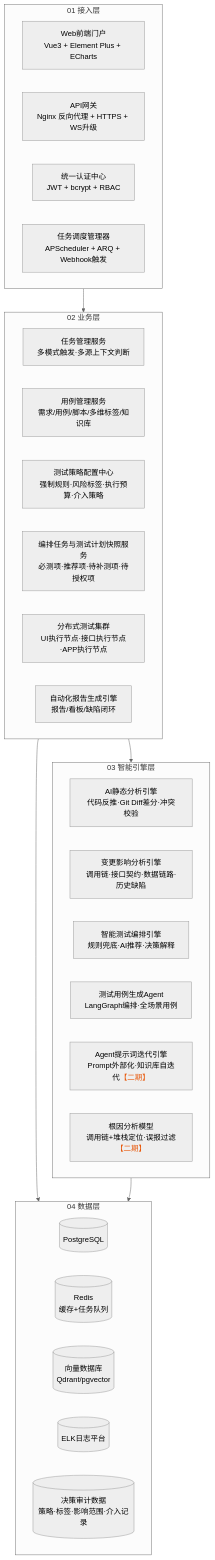
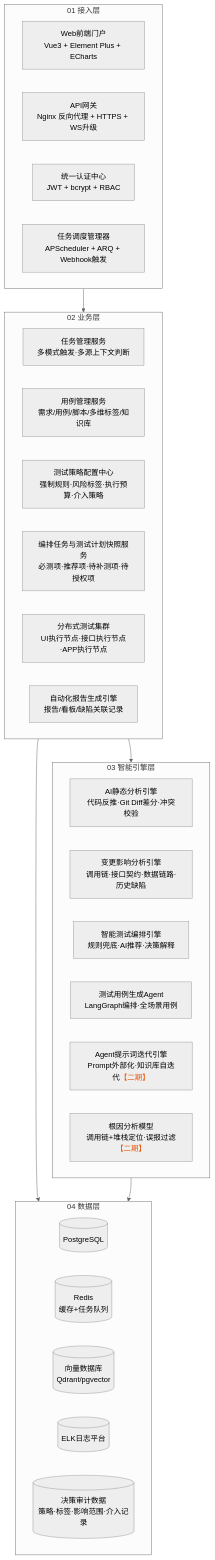
Before and after one commit to xiangsong97/xueran: the second of 7 diagrams in AI驱动自动化测试平台自研落地实施方案.md, drawn with Mermaid (neutral theme). The commit also changed other lines of this file, not shown here.

````diff
--- a/AI驱动自动化测试平台自研落地实施方案.md
+++ b/AI驱动自动化测试平台自研落地实施方案.md
@@ -199,40 +199,40 @@
 ```mermaid
 flowchart TB
     subgraph L1["01 接入层"]
         WEB["Web前端门户<br/>Vue3 + Element Plus + ECharts"]
         GW["API网关<br/>Nginx 反向代理 + HTTPS + WS升级"]
         AUTH["统一认证中心<br/>JWT + bcrypt + RBAC"]
         SCHED["任务调度管理器<br/>APScheduler + ARQ + Webhook触发"]
     end
 
     subgraph L2["02 业务层"]
         TM["任务管理服务<br/>多模式触发·多源上下文判断"]
         CM["用例管理服务<br/>需求/用例/脚本/多维标签/知识库"]
         STRATEGY["测试策略配置中心<br/>强制规则·风险标签·执行预算·介入策略"]
         PLAN["编排任务与测试计划快照服务<br/>必测项·推荐项·待补测项·待授权项"]
         EXEC["分布式测试集群<br/>UI执行节点·接口执行节点·APP执行节点"]
-        REP["自动化报告生成引擎<br/>报告/看板/缺陷闭环"]
+        REP["自动化报告生成引擎<br/>报告/看板/缺陷关联记录"]
     end
 
     subgraph L3["03 智能引擎层"]
         STATIC["AI静态分析引擎<br/>代码反推·Git Diff差分·冲突校验"]
         IMPACT["变更影响分析引擎<br/>调用链·接口契约·数据链路·历史缺陷"]
         ORCH["智能测试编排引擎<br/>规则兜底·AI推荐·决策解释"]
         GEN["测试用例生成Agent<br/>LangGraph编排·全场景用例"]
         PROMPT["Agent提示词迭代引擎<br/>Prompt外部化·知识库自迭代<span style="color:#e8590c">【二期】</span> "]
         ROOT["根因分析模型<br/>调用链+堆栈定位·误报过滤<span style="color:#e8590c">【二期】</span>"]
     end
 
     subgraph L4["04 数据层"]
         DB[("PostgreSQL<br/>")]
         REDIS[("Redis<br/>缓存+任务队列")]
         VEC[("向量数据库<br/>Qdrant/pgvector")]
         ELK[("ELK日志平台")]
         AUDIT[("决策审计数据<br/>策略·标签·影响范围·介入记录")]
     end
 
     L1 --> L2
     L2 --> L3
     L2 --> L4
     L3 --> L4
 ```
````
